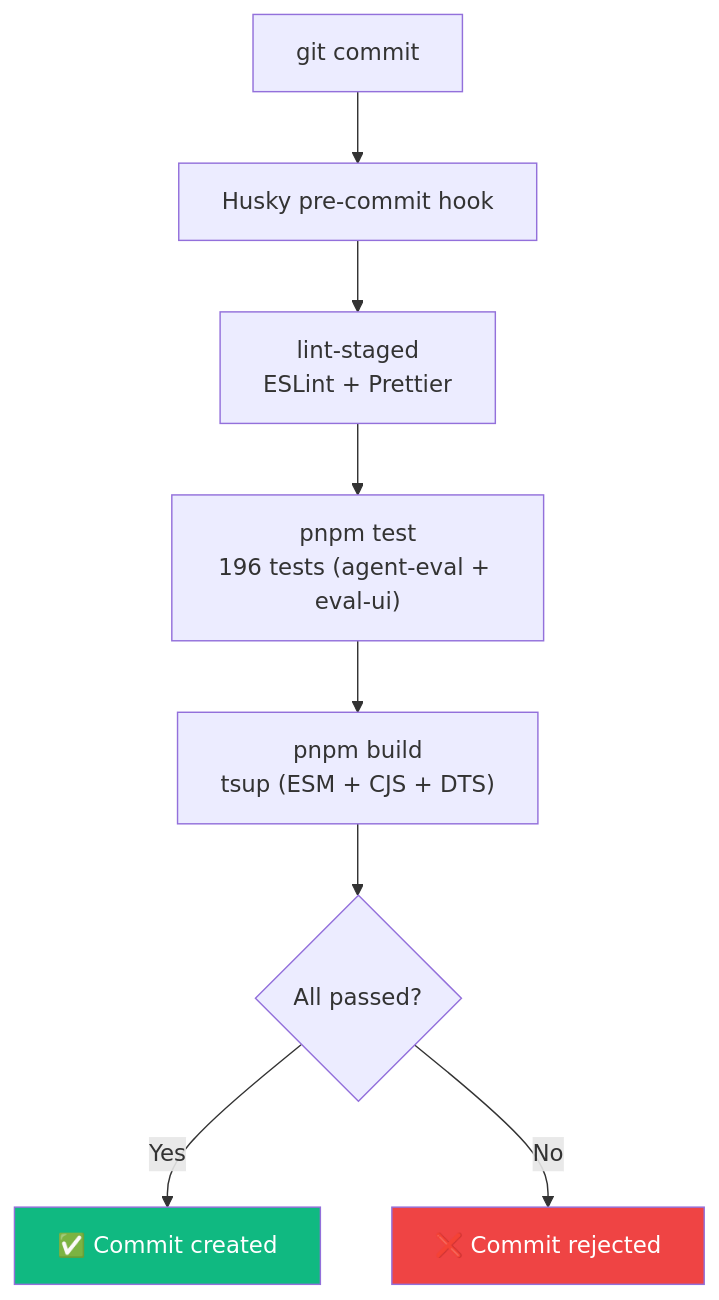
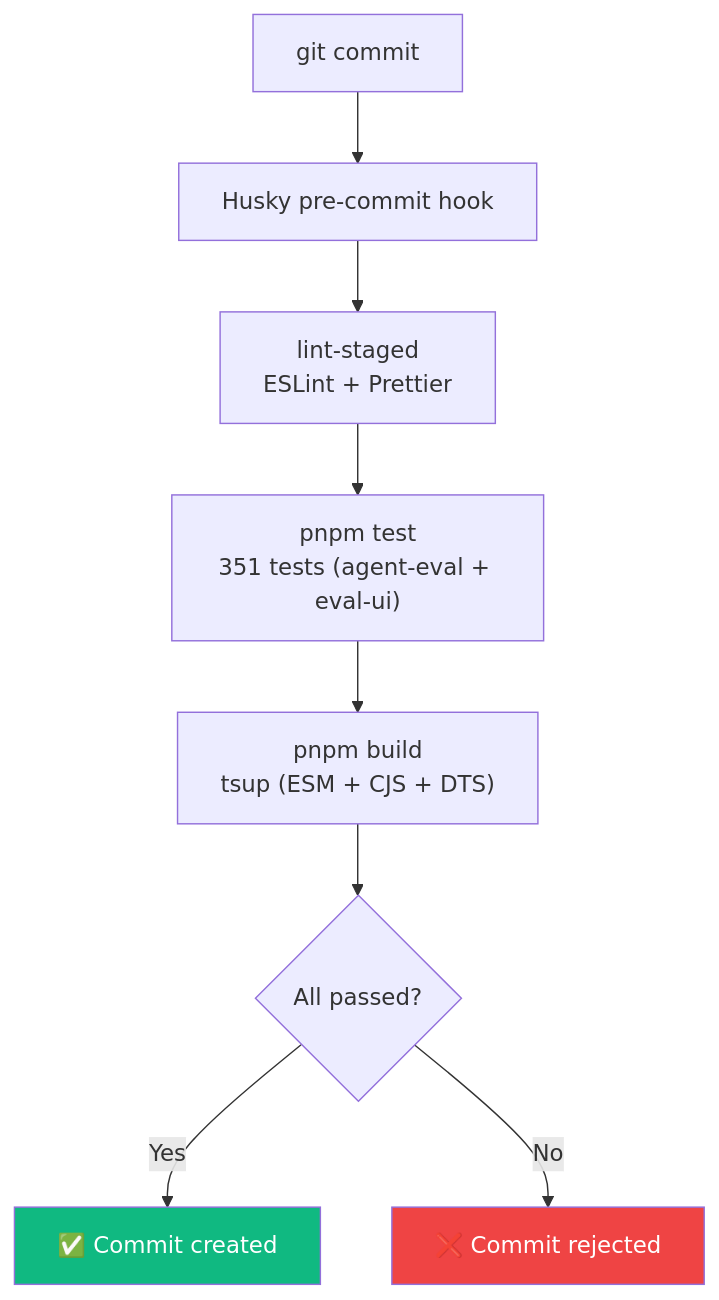
Before and after one commit to Tlahey/agent-eval: the diagram in apps/docs/guide/contributing.md, drawn with Mermaid. The commit also changed other lines of this file and 10 other files, not shown here.

````diff
--- a/apps/docs/guide/contributing.md
+++ b/apps/docs/guide/contributing.md
@@ -16,13 +16,13 @@
 ```mermaid
 flowchart TD
     A["git commit"] --> B["Husky pre-commit hook"]
     B --> C["lint-staged\nESLint + Prettier"]
-    C --> D["pnpm test\n196 tests (agent-eval + eval-ui)"]
+    C --> D["pnpm test\n351 tests (agent-eval + eval-ui)"]
     D --> E["pnpm build\ntsup (ESM + CJS + DTS)"]
     E --> F{"All passed?"}
     F -- Yes --> G["✅ Commit created"]
     F -- No --> H["❌ Commit rejected"]
 
     style G fill:#10b981,color:#fff
     style H fill:#ef4444,color:#fff
 ```
````
